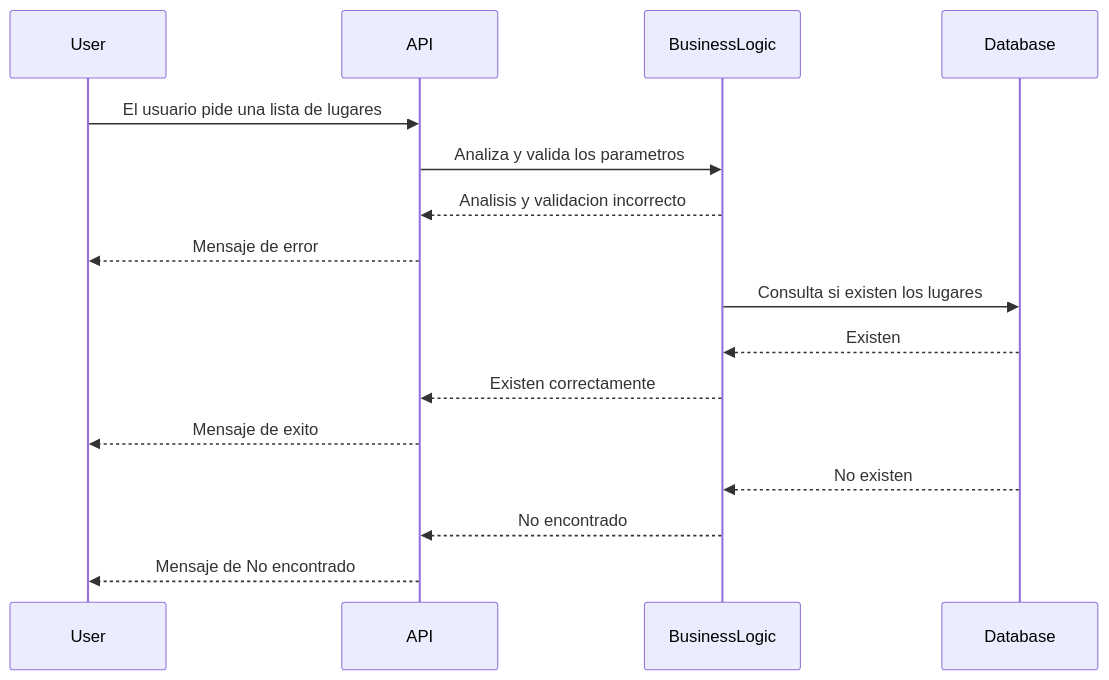
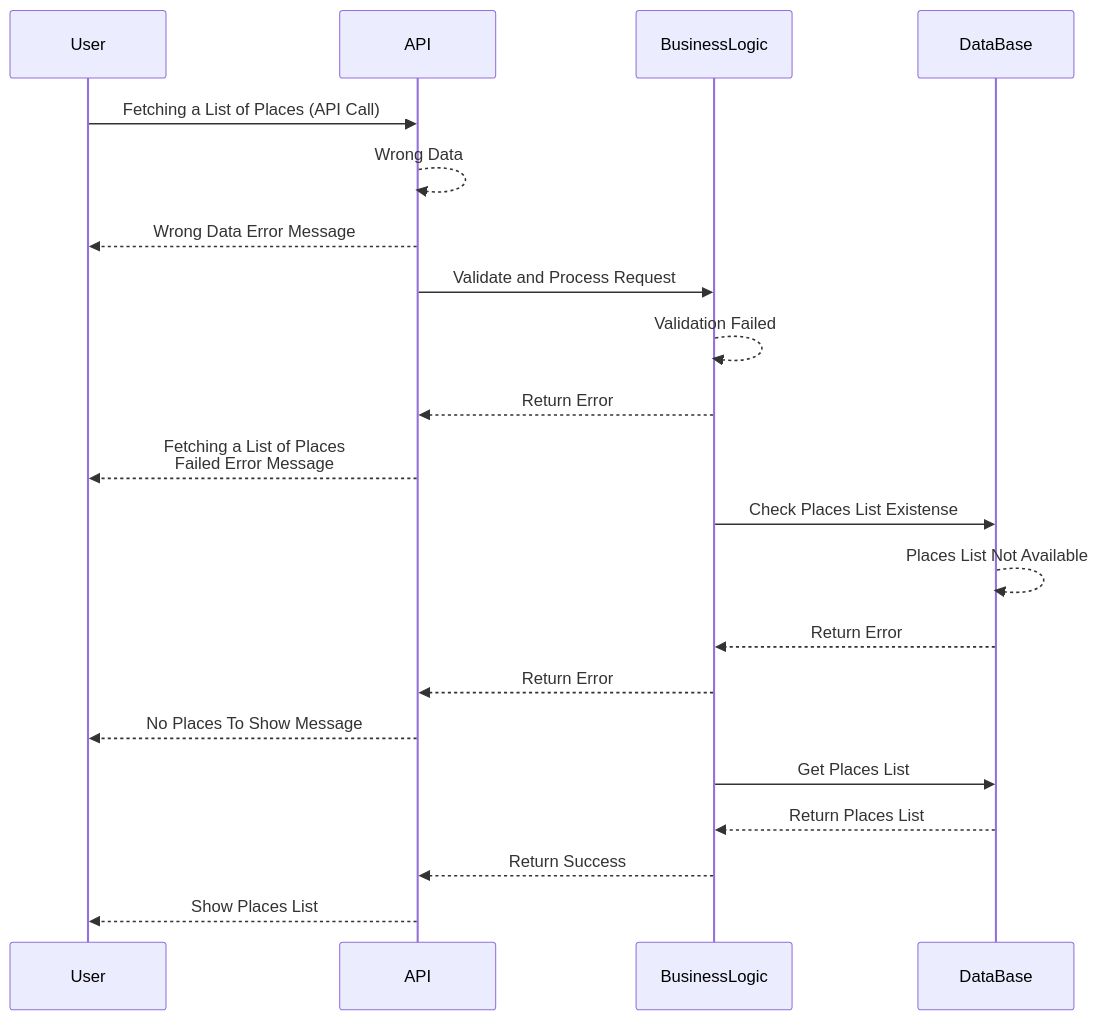
The sixth of 6 diagrams in README.md (feratholberton/holbertonschool-hbnb), drawn with Mermaid before and after one commit. The commit also changed other lines of this file, not shown here.

Commit message:
Fetching a List of Places

````diff
--- a/README.md
+++ b/README.md
@@ -236,19 +238,27 @@
 ```mermaid
 sequenceDiagram
-  participant User as User
-  participant API as API
-  participant BusinessLogic as BusinessLogic
-  participant Database as Database
+    participant User
+    participant API
+    participant BusinessLogic
+    participant DataBase
 
-  User ->> API: El usuario pide una lista de lugares 
-  API ->> BusinessLogic: Analiza y valida los parametros
-  BusinessLogic -->> API: Analisis y validacion incorrecto
-  API -->> User: Mensaje de error
-  BusinessLogic ->> Database: Consulta si existen los lugares
-  Database -->> BusinessLogic: Existen
-  BusinessLogic -->> API: Existen correctamente
-  API -->> User: Mensaje de exito
-  Database -->> BusinessLogic: No existen
-  BusinessLogic -->> API: No encontrado
-  API -->> User: Mensaje de No encontrado
+    User ->> API : Fetching a List of Places (API Call)
+    API -->> API : Wrong Data
+    API -->> User : Wrong Data Error Message
+
+    API ->> BusinessLogic : Validate and Process Request
+    BusinessLogic -->> BusinessLogic : Validation Failed
+    BusinessLogic -->> API : Return Error
+    API -->> User : Fetching a List of Places <br> Failed Error Message
+
+    BusinessLogic ->> DataBase : Check Places List Existense
+    DataBase -->> DataBase : Places List Not Available
+    DataBase -->> BusinessLogic: Return Error
+    BusinessLogic -->> API : Return Error
+    API -->> User : No Places To Show Message
+
+    BusinessLogic ->> DataBase : Get Places List
+    DataBase -->> BusinessLogic : Return Places List
+    BusinessLogic -->> API : Return Success
+    API -->> User : Show Places List
 ```
````
